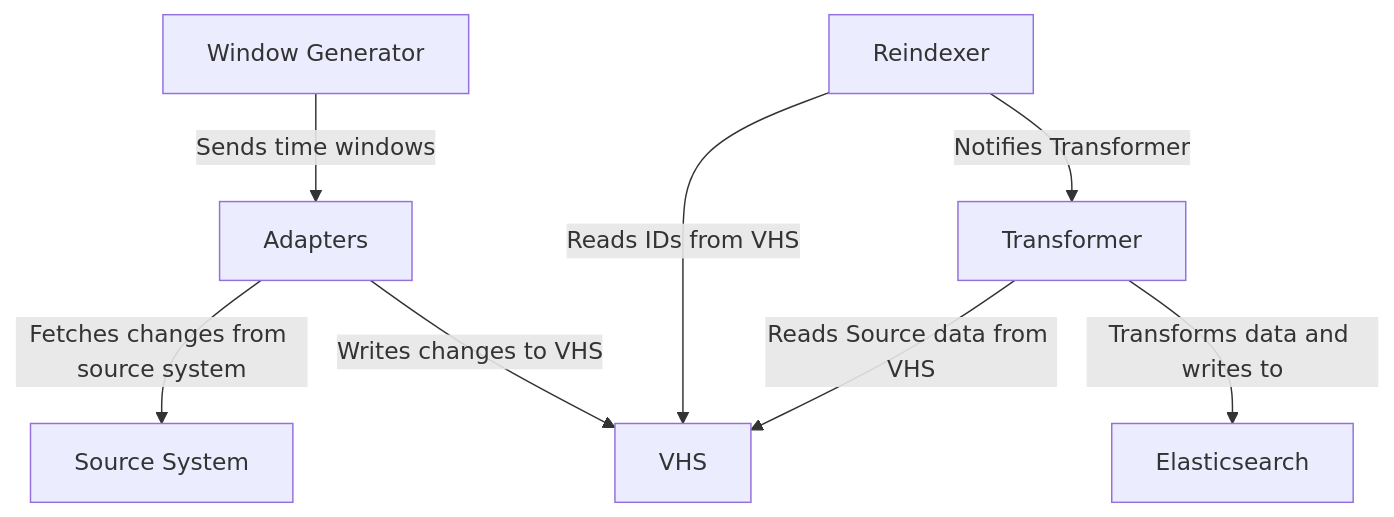
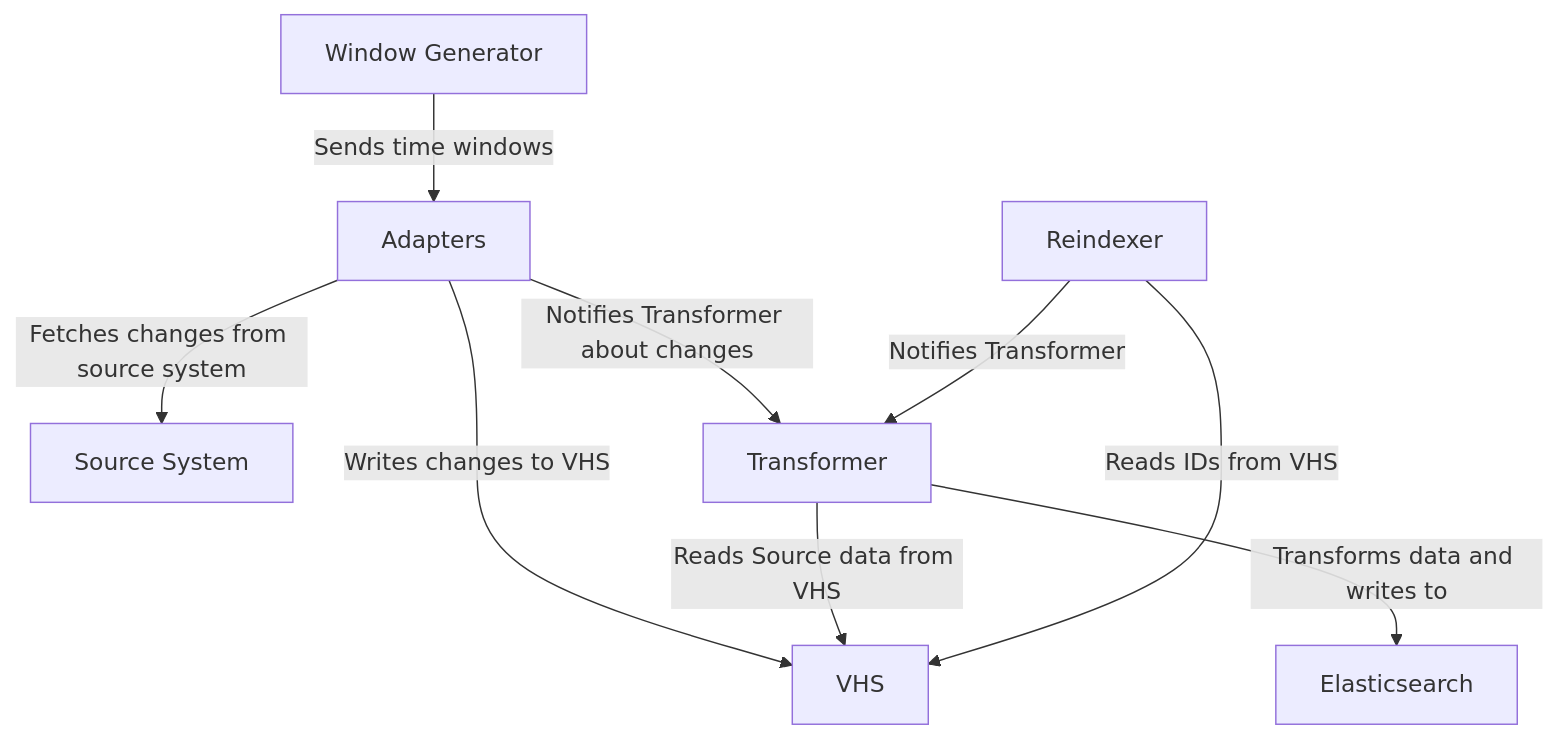
Before and after one commit to wellcomecollection/docs: the diagram in rfcs/075-updated_adapters/README.md, drawn with Mermaid.

Commit message:
update mermaid

````diff
--- a/rfcs/075-updated_adapters/README.md
+++ b/rfcs/075-updated_adapters/README.md
@@ -52,12 +52,12 @@
 ```mermaid
 flowchart TD
     A[Window Generator] -->|Sends time windows| B[Adapters]
     B -->|Fetches changes from source system| G[Source System]
     B -->|Writes changes to VHS| C[VHS]
+    B -->|Notifies Transformer about changes| D[Transformer]
     D[Transformer]
     D -->|Reads Source data from VHS| C[VHS]
     D -->|Transforms data and writes to| E[Elasticsearch]
     F[Reindexer] -->|Reads IDs from VHS| C
     F[Reindexer] -->|Notifies Transformer| D
-   
 ```
````
